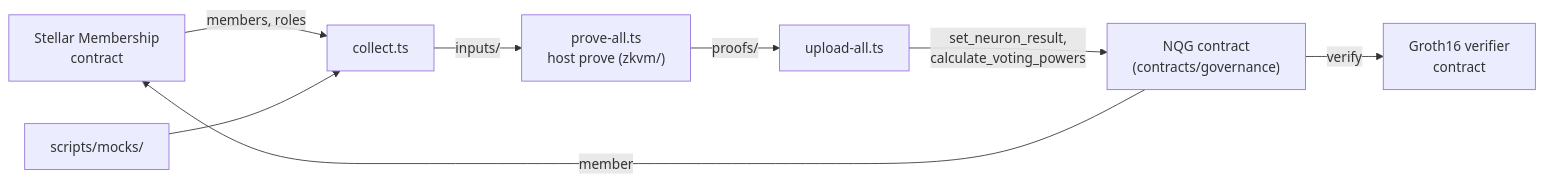
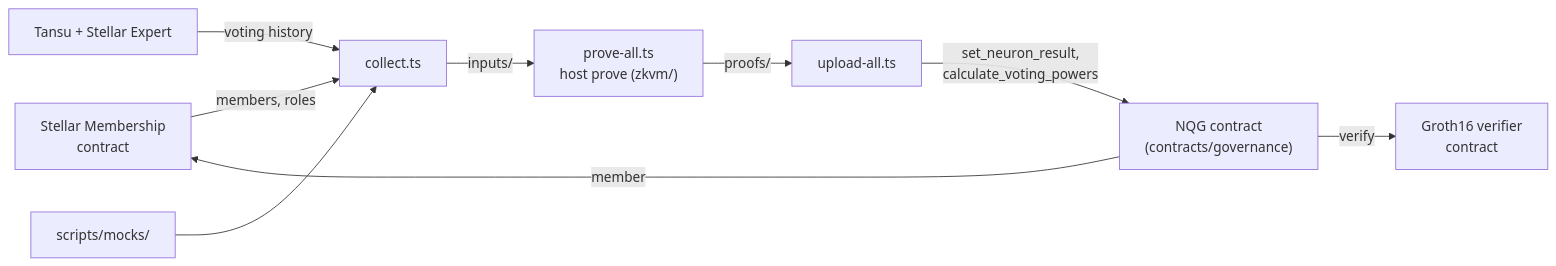
Before and after one commit to bartkrak/NQG-setup-stellar-members: the diagram in README.md, drawn with Mermaid. The commit also changed other lines of this file and 3 other files, not shown here.

Commit message:
Preserve voting history across public key rotations

````diff
--- a/README.md
+++ b/README.md
@@ -131,10 +131,11 @@
 ```mermaid
 flowchart LR
     membership["Stellar Membership<br/>contract"] -->|members, roles| collect["collect.ts"]
+    tansu["Tansu + Stellar Expert"] -->|voting history| collect
     mocks["scripts/mocks/"] --> collect
     collect -->|"inputs/"| prove["prove-all.ts<br/>host prove (zkvm/)"]
     prove -->|"proofs/"| upload["upload-all.ts"]
     upload -->|"set_neuron_result,<br/>calculate_voting_powers"| contract["NQG contract<br/>(contracts/governance)"]
     contract -->|member| membership
     contract -->|verify| verifier["Groth16 verifier<br/>contract"]
 ```
````
